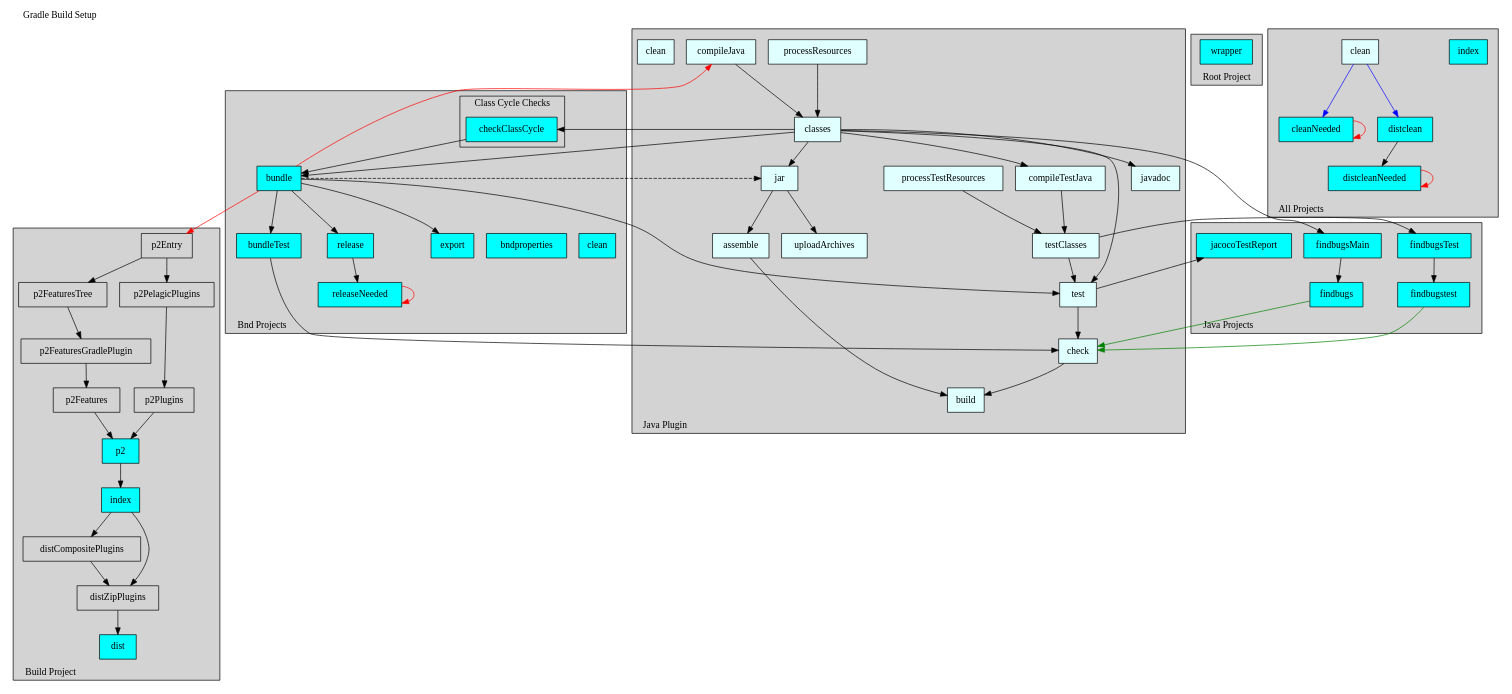
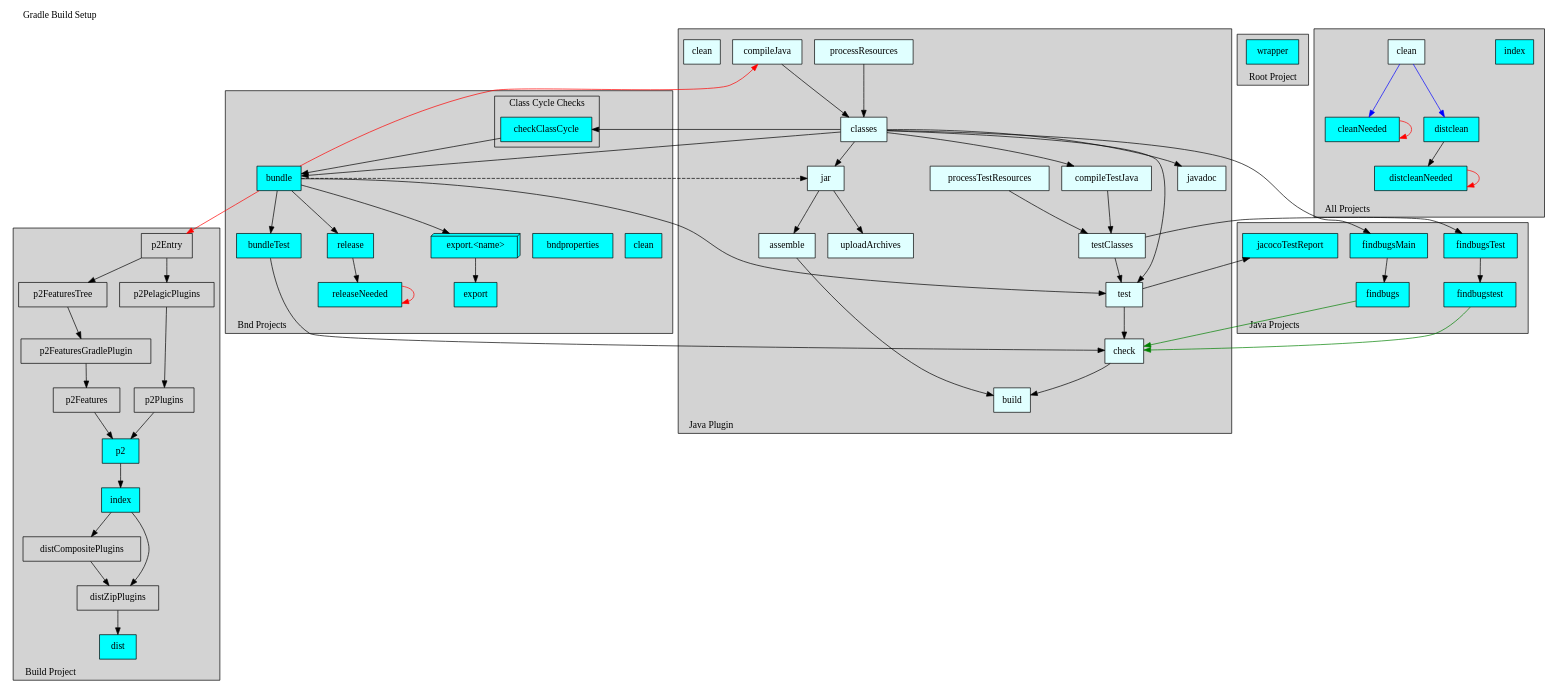
The diagram in cnf/gradle/doc/pelagic.dot (paulvi/bndtoolsPlugins), drawn with Graphviz before and after one commit. The commit also changed 9 other files, not shown here.

```diff
--- a/cnf/gradle/doc/pelagic.dot
+++ b/cnf/gradle/doc/pelagic.dot
@@ -83,9 +83,10 @@
     subgraph cluster23 {
       label="";
       style=invis;
-      cleanBnd             [shape=box, style=filled, fillcolor=cyan     , label="clean"               ]
-      bndproperties        [shape=box, style=filled, fillcolor=cyan     , label="bndproperties"       ]
-      export               [shape=box, style=filled, fillcolor=cyan     , label="export"              ]
+      cleanBnd             [shape=box,   style=filled, fillcolor=cyan   , label="clean"               ]
+      bndproperties        [shape=box,   style=filled, fillcolor=cyan   , label="bndproperties"       ]
+      exportX              [shape=box3d, style=filled, fillcolor=cyan   , label="export.<name>"       ]
+      export               [shape=box,   style=filled, fillcolor=cyan   , label="export"              ]
     }
 
   subgraph cluster100 {
@@ -108,7 +109,8 @@
     bundle                 -> bundleTest
     bundle                 -> test
     bundle                 -> release
-    bundle                 -> export
+    bundle                 -> exportX
+    exportX                -> export
     bundleTest             -> check
     release                -> releaseNeeded
     releaseNeeded          -> releaseNeeded      [color=red   ]
```
